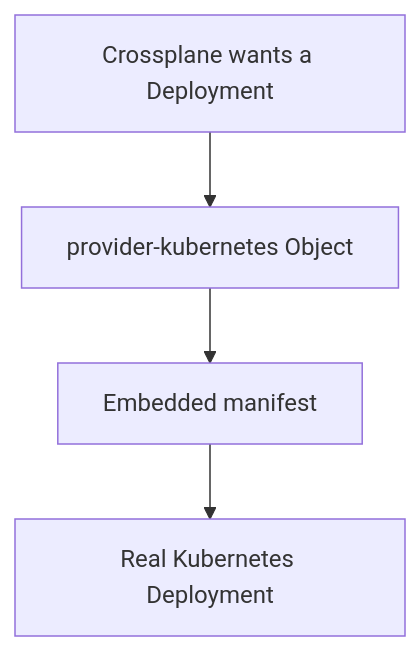
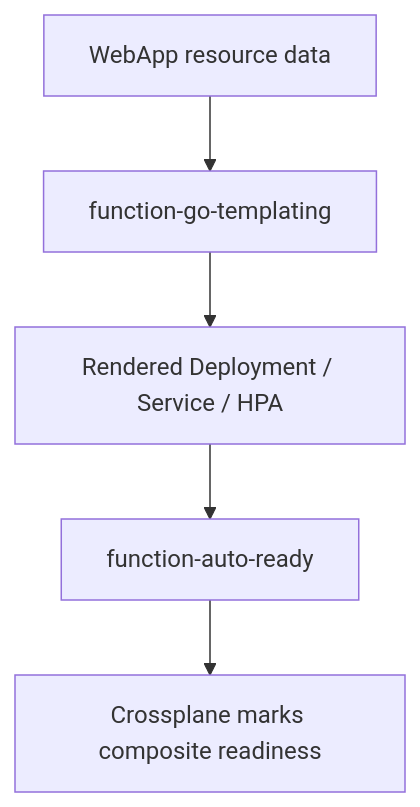
One commit to RizaSatya/homelab changed the third of 7 diagrams in docs/2026-04-04-crossplane-resources-explained.md. Above: the diagram before and after it, drawn with Mermaid. The commit also changed other lines of this file and 16 other files, not shown here.

````diff
--- a/docs/2026-04-04-crossplane-resources-explained.md
+++ b/docs/2026-04-04-crossplane-resources-explained.md
@@ -144,6 +126,7 @@
 ```mermaid
 flowchart TD
-  A["Crossplane wants a Deployment"] --> B["provider-kubernetes Object"]
-  B --> C["Embedded manifest"]
-  C --> D["Real Kubernetes Deployment"]
+  A["WebApp resource data"] --> B["function-go-templating"]
+  B --> C["Rendered Deployment / Service / HPA"]
+  C --> D["function-auto-ready"]
+  D --> E["Crossplane marks composite readiness"]
 ```
````
